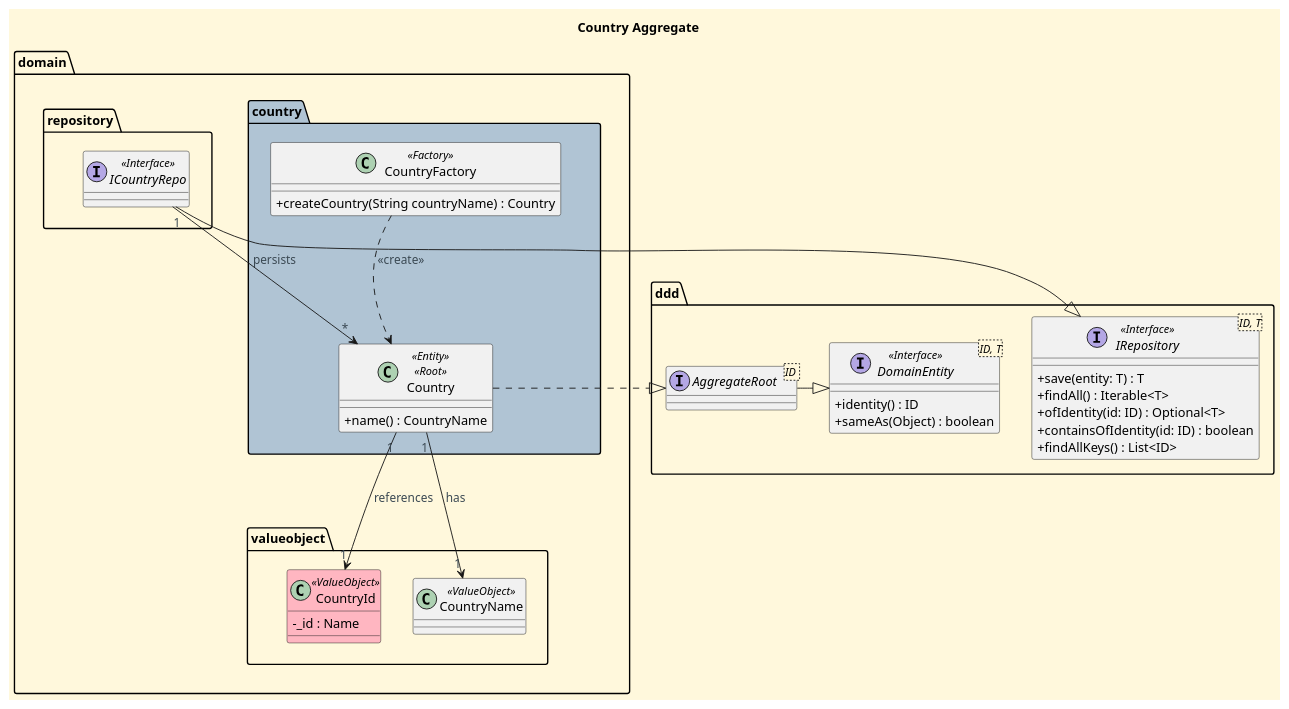
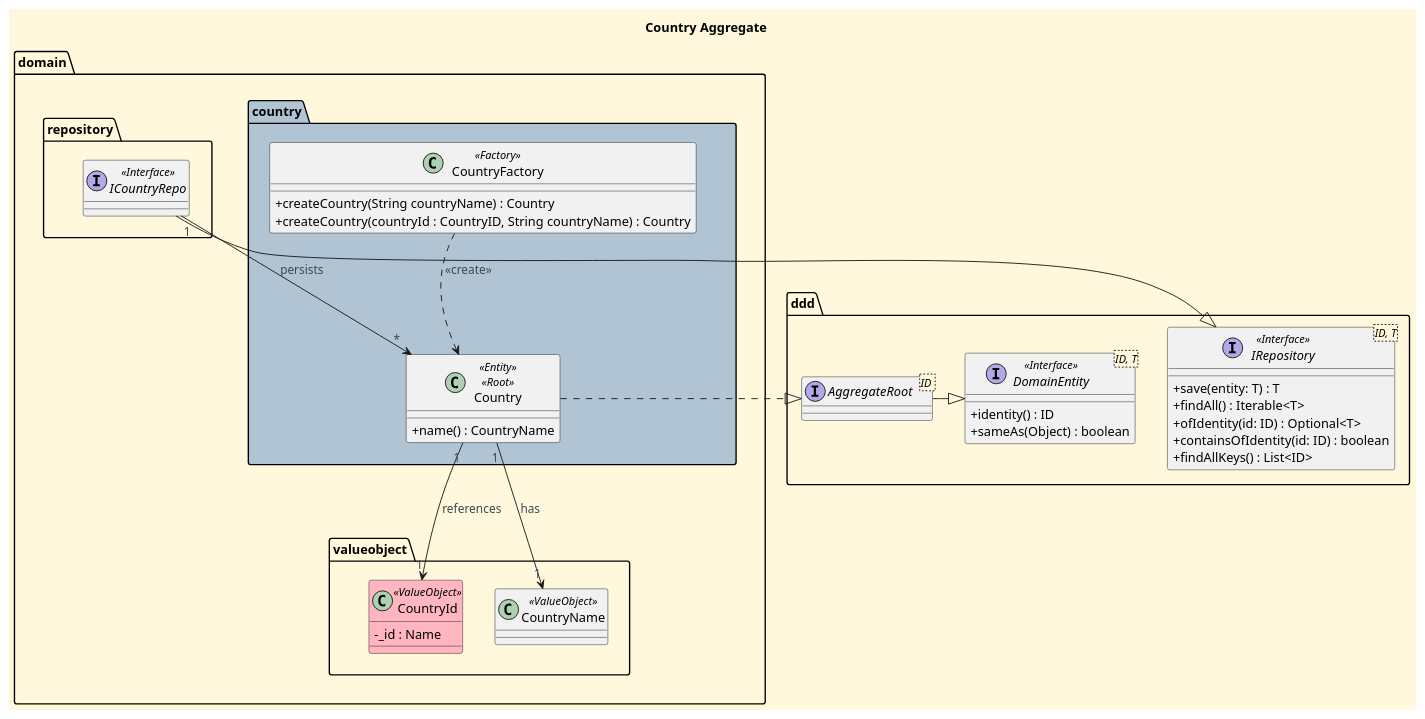
The diagram in docs/aggregates-diagrams/Country_Aggregate.puml (CarolinaLeite-collab/JavaMarketplacePlatform), drawn with PlantUML before and after one commit. The commit also changed 1 other file, not shown here.

Commit message:
fix: Alterations to Country diagrams according to @VivianSandlerISEP PR review, #889

```diff
--- a/docs/aggregates-diagrams/Country_Aggregate.puml
+++ b/docs/aggregates-diagrams/Country_Aggregate.puml
@@ -1,85 +1,85 @@
 @startuml
 
 title Country Aggregate
 
 '==== basic style ====
 skinparam monochrome false
 skinparam shadowing false
 skinparam defaultFontName Futura
 skinparam objectFontSize 20
 skinparam backgroundColor CornSilk
 skinparam objectBackgroundColor WhiteSmoke
 skinparam noteBackgroundColor #FFFFE0
 skinparam ArrowFontColor #3B4953
 skinparam ActivationBackgroundColor black
 skinparam classAttributeIconSize 0
 
 top to bottom direction
 
 Package "domain" {
 
     Package "country" <<Folder>> #b0c4d4 {
         class Country <<Entity>> <<Root>> {
 
             +name() : CountryName
 
         }
 
         class CountryFactory <<Factory>> {
             +createCountry(String countryName) : Country
-
+            +createCountry(countryId : CountryID, String countryName) : Country
         }
     }
 
     Package "valueobject" <<Folder>> {
         class CountryId <<ValueObject>> #LightPink {
         -_id : Name
         }
 
         class CountryName <<ValueObject>> {
         }
     }
 
     Package "repository" <<Folder>> {
         interface ICountryRepo <<Interface>> {
         }
     }
 
     ' Layout adjustments
     valueobject -[hidden]right- repository
     country -[hidden]down- valueobject
 }
 
 Package "ddd" {
     interface "IRepository<ID, T>" as IRepository <<Interface>> {
         +save(entity: T) : T
         +findAll() : Iterable<T>
         +ofIdentity(id: ID) : Optional<T>
         +containsOfIdentity(id: ID) : boolean
         +findAllKeys() : List<ID>
     }
 
     interface AggregateRoot <ID >{
     }
 
     interface DomainEntity<ID, T> <<Interface>> {
         +identity() : ID
         +sameAs(Object) : boolean
     }
 }
 
 ' ===== Relations =====
 
 Country "1" --> "1" CountryId : references
 Country "1" --> "1" CountryName : has
 
 ICountryRepo -|> IRepository
 ICountryRepo "1" --> "*" Country : persists
 
 CountryFactory ..> Country : <<create>>
 
 AggregateRoot -|> DomainEntity
 Country .|> AggregateRoot
 
 
 @enduml
```
